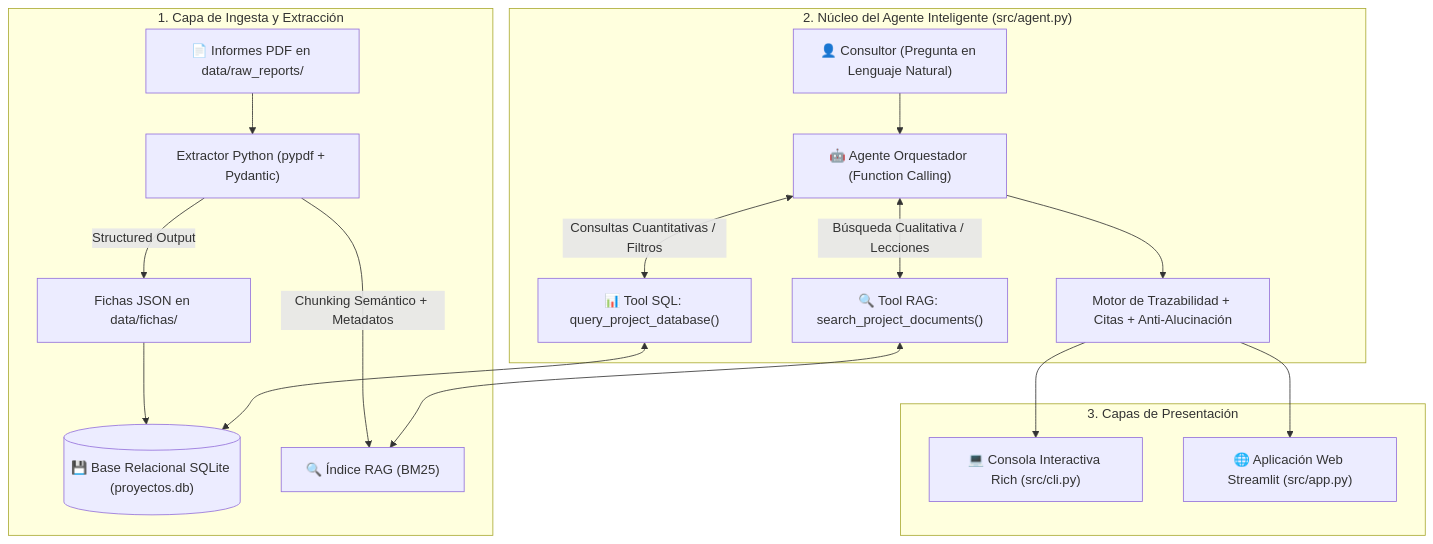
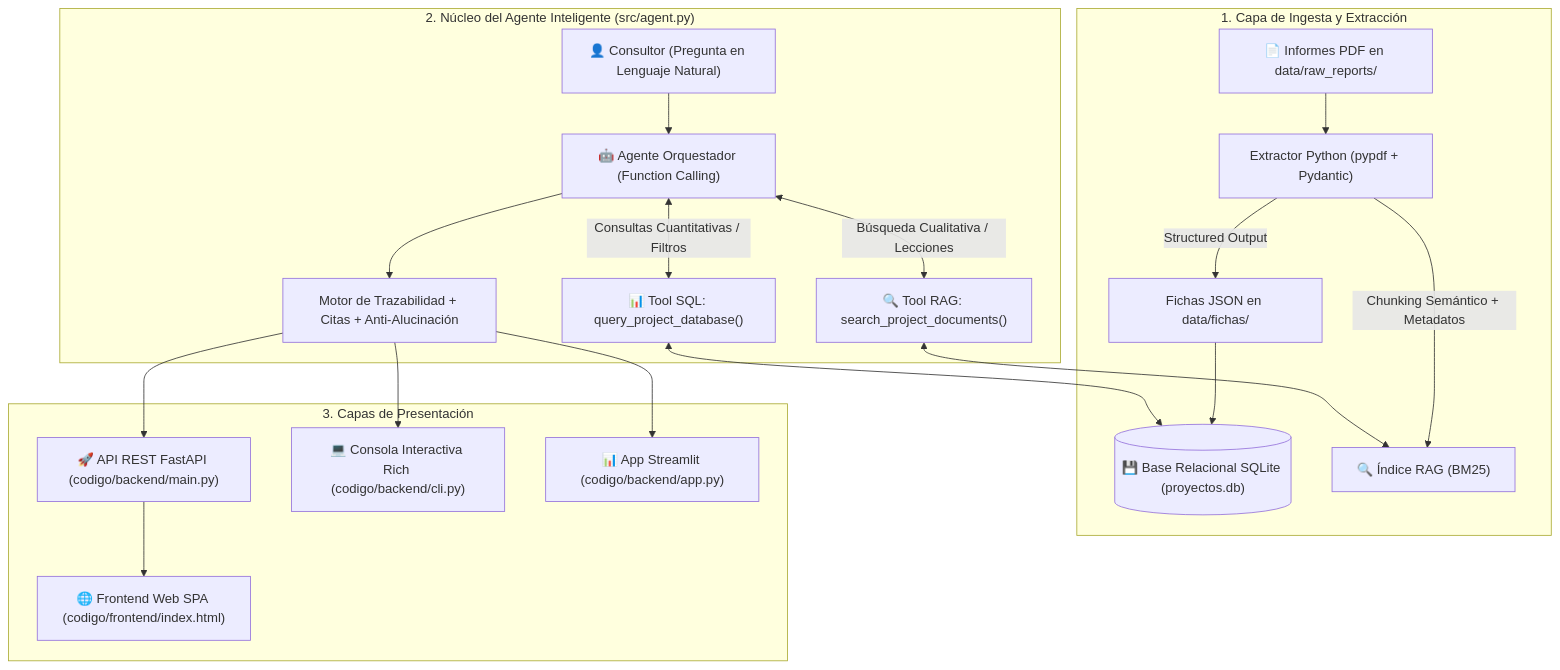
One commit to felipevillamil200/procesa-ai-consulting-agent changed the diagram in README.md. Above: the diagram before and after it, drawn with Mermaid. The commit also changed other lines of this file and 29 other files, not shown here.

Commit message:
refactor: migrar arquitectura a codigo/ (backend/frontend) y renombrar Sustentacion a bitacora

````diff
--- a/README.md
+++ b/README.md
@@ -40,26 +40,28 @@
 ```mermaid
 flowchart TD
     subgraph Ingestion ["1. Capa de Ingesta y Extracción"]
         PDFs["📄 Informes PDF en data/raw_reports/"] --> Extractor["Extractor Python (pypdf + Pydantic)"]
         Extractor -->|"Structured Output"| JSONs["Fichas JSON en data/fichas/"]
         JSONs --> SQLite[("💾 Base Relacional SQLite (proyectos.db)")]
         Extractor -->|"Chunking Semántico + Metadatos"| RAGIndex["🔍 Índice RAG (BM25)"]
     end
 
     subgraph AgentCore ["2. Núcleo del Agente Inteligente (src/agent.py)"]
         Consultor["👤 Consultor (Pregunta en Lenguaje Natural)"] --> Orchestrator["🤖 Agente Orquestador (Function Calling)"]
         
         Orchestrator <-->|"Consultas Cuantitativas / Filtros"| ToolSQL["📊 Tool SQL: query_project_database()"]
         Orchestrator <-->|"Búsqueda Cualitativa / Lecciones"| ToolRAG["🔍 Tool RAG: search_project_documents()"]
         
         ToolSQL <--> SQLite
         ToolRAG <--> RAGIndex
         
         Orchestrator --> TraceEngine["Motor de Trazabilidad + Citas + Anti-Alucinación"]
     end
 
     subgraph Presentation ["3. Capas de Presentación"]
-        TraceEngine --> CLI["💻 Consola Interactiva Rich (src/cli.py)"]
-        TraceEngine --> WebApp["🌐 Aplicación Web Streamlit (src/app.py)"]
+        TraceEngine --> API["🚀 API REST FastAPI (codigo/backend/main.py)"]
+        API --> WebSPA["🌐 Frontend Web SPA (codigo/frontend/index.html)"]
+        TraceEngine --> CLI["💻 Consola Interactiva Rich (codigo/backend/cli.py)"]
+        TraceEngine --> StreamlitApp["📊 App Streamlit (codigo/backend/app.py)"]
     end
 ```
````
